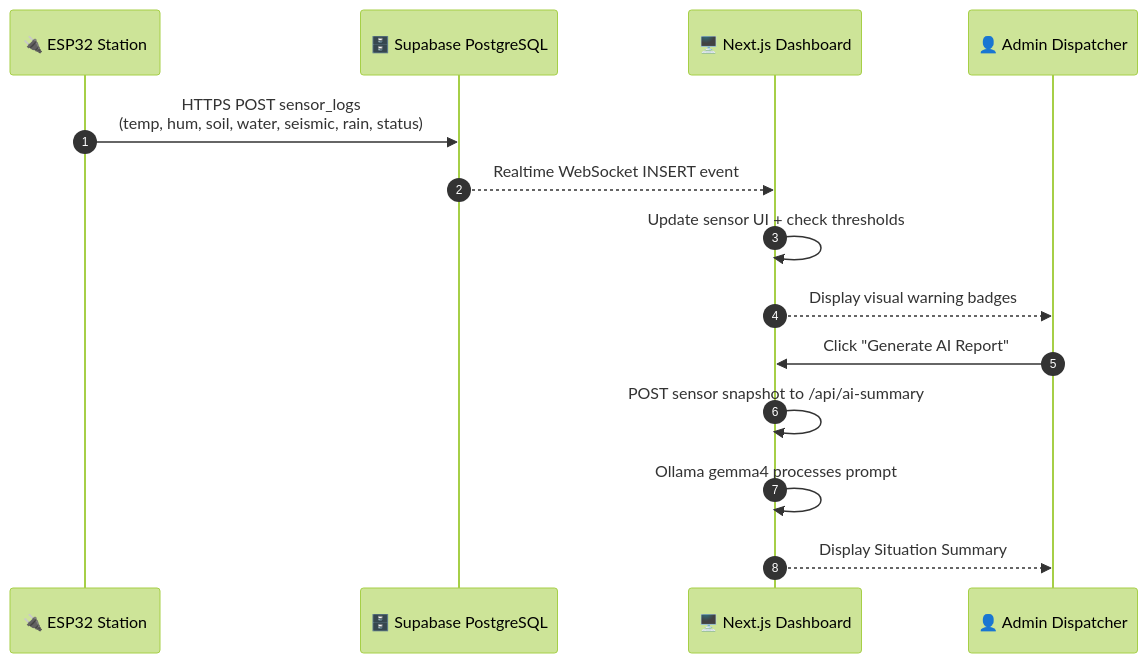
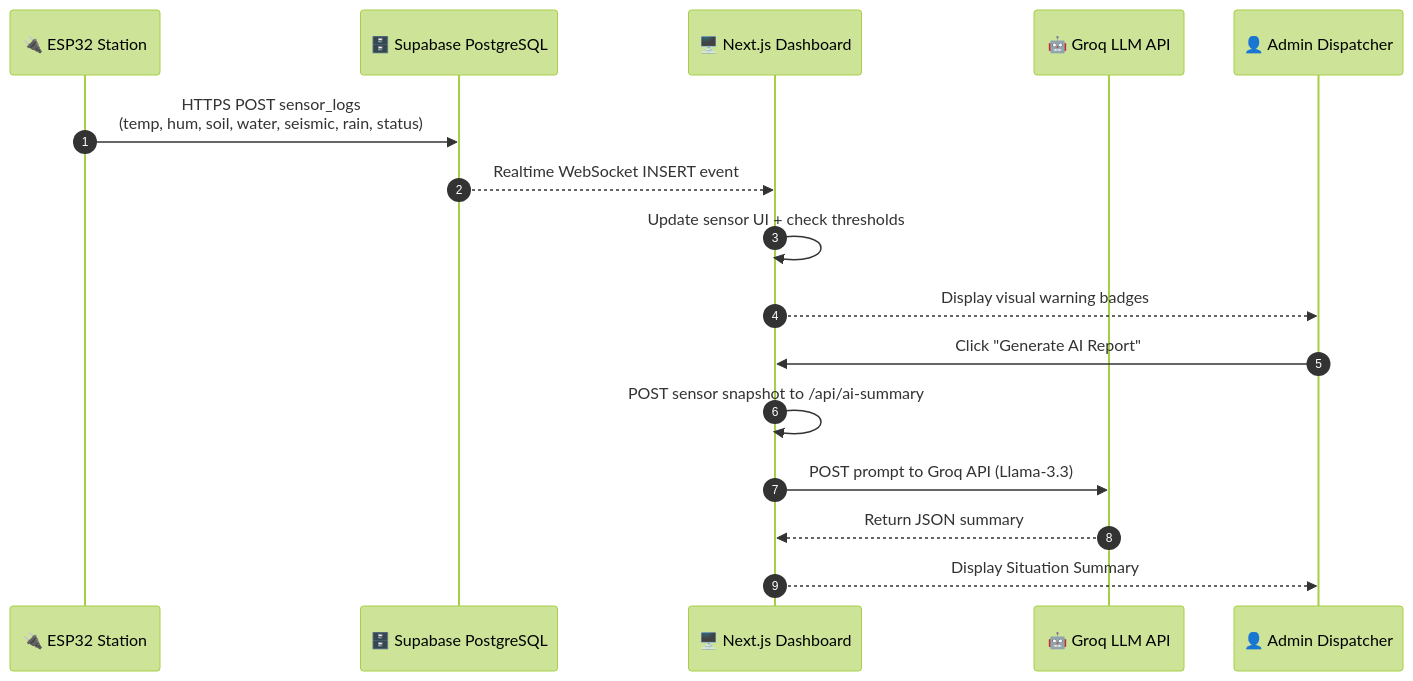
Before and after one commit to Riddhisingh10/resqlink-cit: the fourth of 4 diagrams in SYSTEM_ARCHITECTURE.md, drawn with Mermaid (forest theme). The commit also changed other lines of this file and 4 other files, not shown here.

````diff
--- a/SYSTEM_ARCHITECTURE.md
+++ b/SYSTEM_ARCHITECTURE.md
@@ -224,17 +224,19 @@
 ```mermaid
 sequenceDiagram
     autonumber
     participant E as 🔌 ESP32 Station
     participant S as 🗄️ Supabase PostgreSQL
     participant N as 🖥️ Next.js Dashboard
+    participant G as 🤖 Groq LLM API
     participant A as 👤 Admin Dispatcher
 
     E->>S: HTTPS POST sensor_logs<br/>(temp, hum, soil, water, seismic, rain, status)
     S-->>N: Realtime WebSocket INSERT event
     N->>N: Update sensor UI + check thresholds
     N-->>A: Display visual warning badges
     A->>N: Click "Generate AI Report"
     N->>N: POST sensor snapshot to /api/ai-summary
-    N->>N: Ollama gemma4 processes prompt
+    N->>G: POST prompt to Groq API (Llama-3.3)
+    G-->>N: Return JSON summary
     N-->>A: Display Situation Summary
 ```
````
